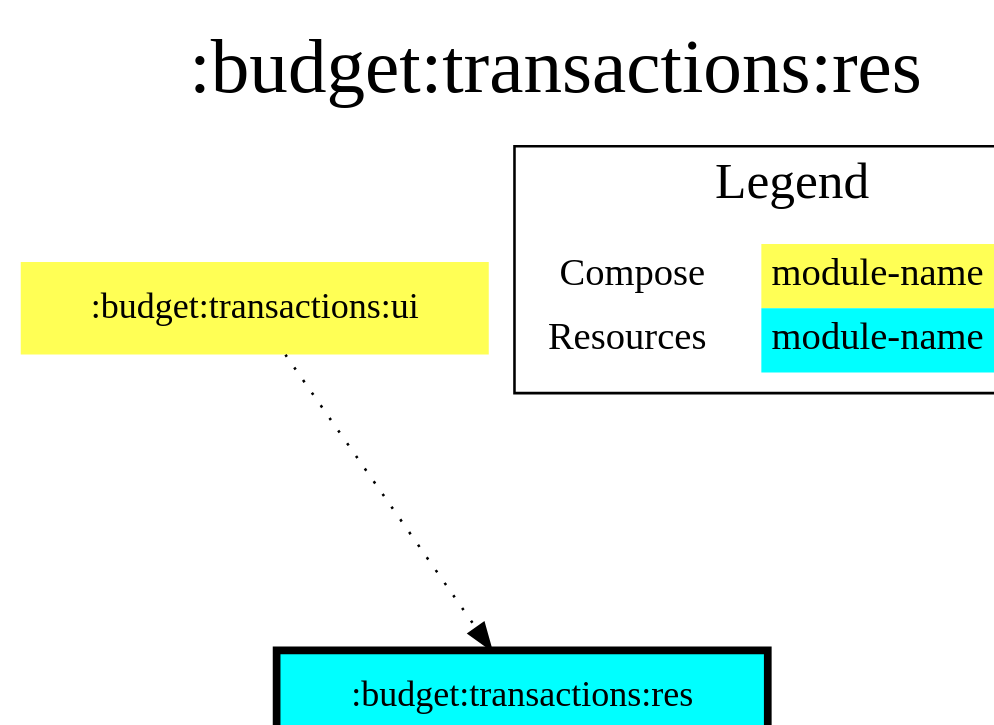
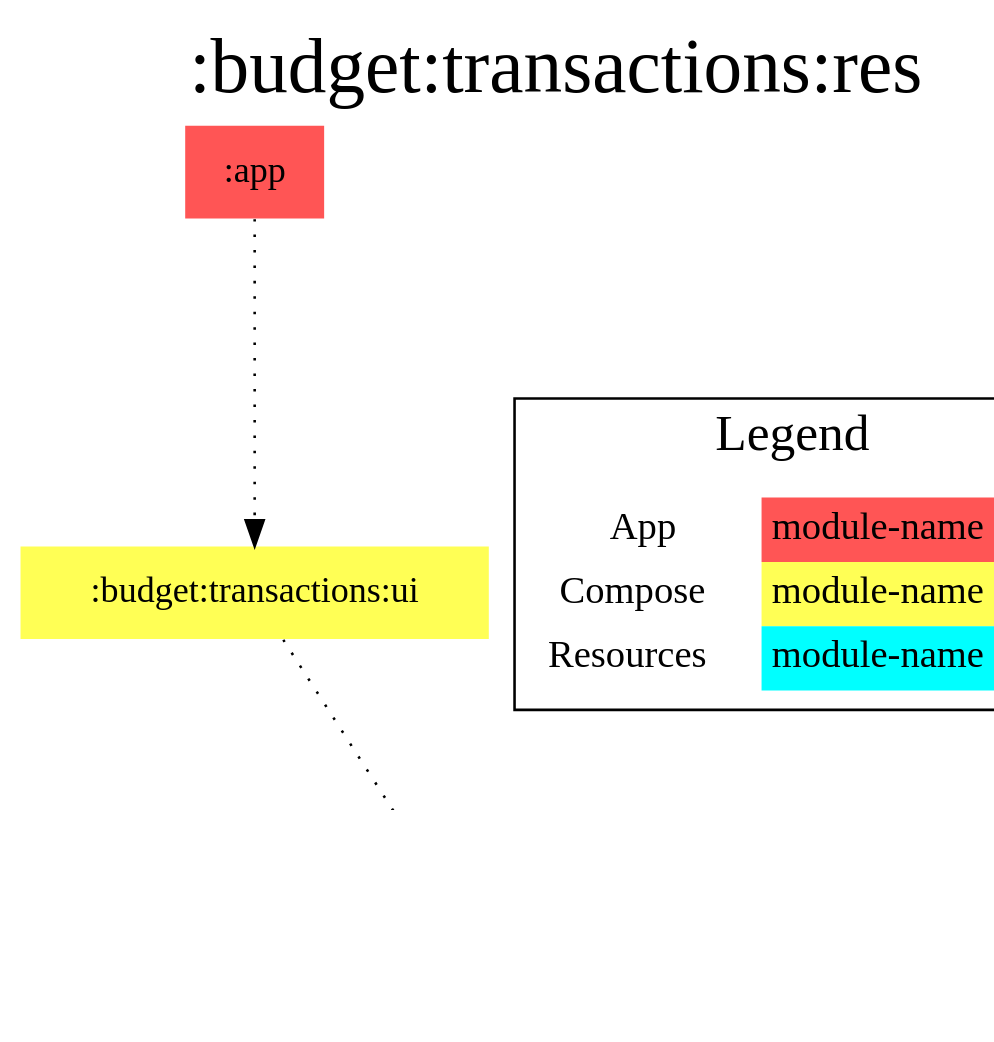
One commit to jonapoul/aktual changed the diagram in modules/budget/transactions/res/modules.dot. Above: the diagram before and after it, drawn with Graphviz. The commit also changed 47 other files, not shown here.

```diff
--- a/modules/budget/transactions/res/modules.dot
+++ b/modules/budget/transactions/res/modules.dot
@@ -1,23 +1,26 @@
 digraph {
 edge ["dir"="forward"]
 graph ["dpi"="100","label"=":budget:transactions:res","labelloc"="t","fontsize"="30","ranksep"="1.5","rankdir"="TB"]
 node ["style"="filled"]
+":app" ["fillcolor"="#FF5555","shape"="none"]
 ":budget:transactions:res" ["fillcolor"="#00FFFF","color"="black","penwidth"="3","shape"="box"]
 ":budget:transactions:ui" ["fillcolor"="#FFFF55","shape"="none"]
 {
 edge ["dir"="none"]
 graph ["rank"="same"]
 ":budget:transactions:res"
 }
+":app" -> ":budget:transactions:ui" ["style"="dotted"]
 ":budget:transactions:ui" -> ":budget:transactions:res" ["style"="dotted"]
 subgraph "cluster_legend" {
 edge ["dir"="none"]
 graph ["label"="Legend","fontsize"="20"]
 "Legend" ["style"="filled","fillcolor"="#FFFFFF","shape"="none","margin"="0","fontsize"="15","label"=<
 <TABLE BORDER="0" CELLBORDER="0" CELLSPACING="0" CELLPADDING="4">
+<TR><TD>App</TD><TD BGCOLOR="#FF5555">module-name</TD></TR>
 <TR><TD>Compose</TD><TD BGCOLOR="#FFFF55">module-name</TD></TR>
 <TR><TD>Resources</TD><TD BGCOLOR="#00FFFF">module-name</TD></TR>
 </TABLE>
 >]
 } -> ":budget:transactions:res" ["style"="invis"]
 }
```
